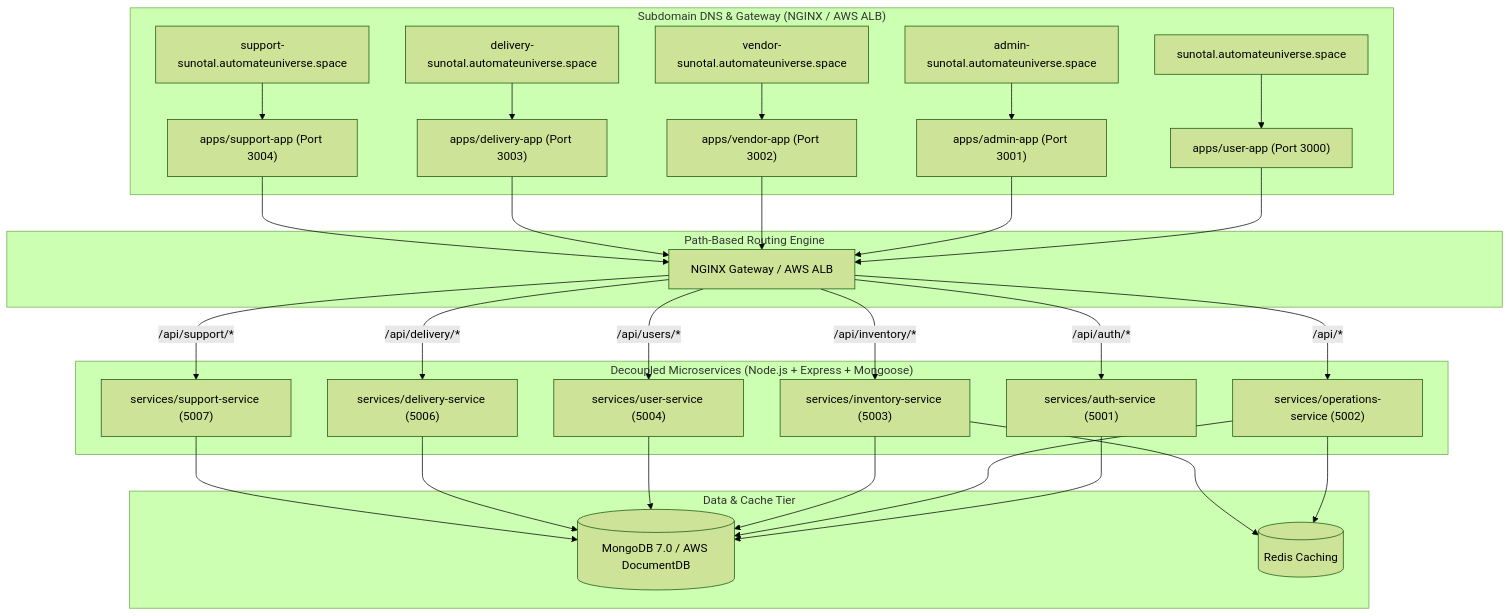
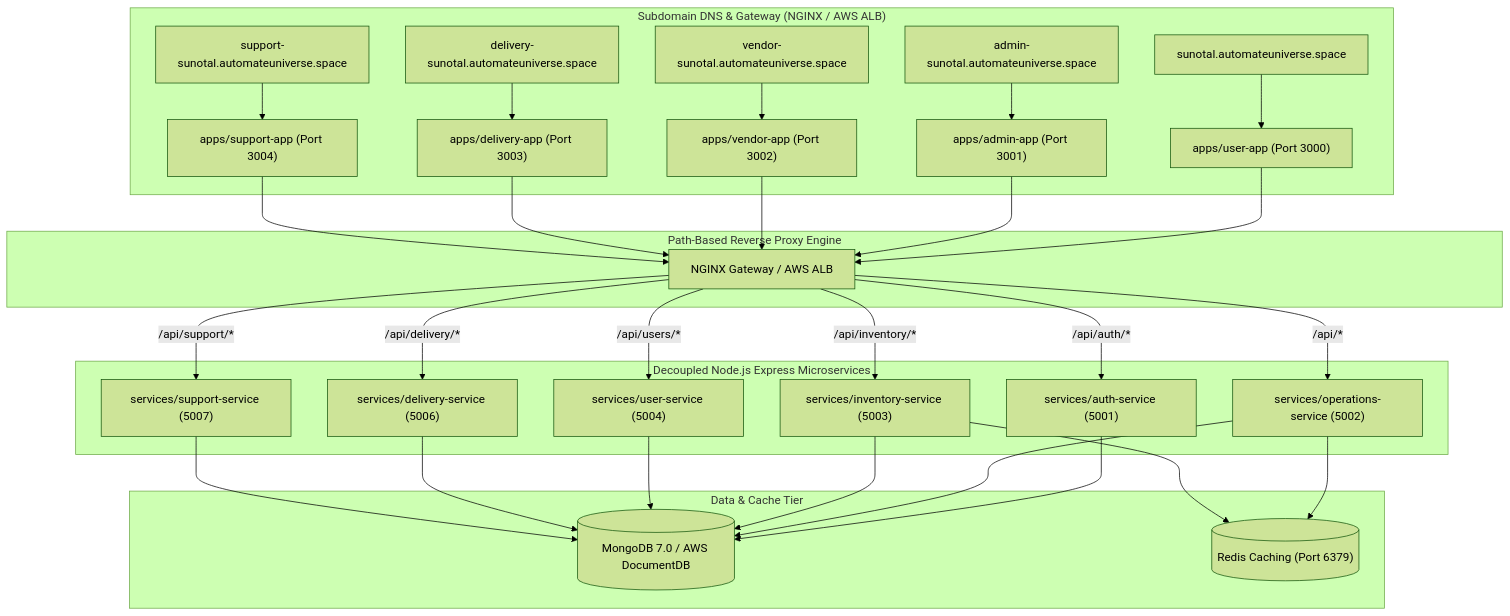
Before and after one commit to valivarthi007/sunotal_fullstk: the diagram in README.md, drawn with Mermaid (forest theme). The commit also changed other lines of this file and 2 other files, not shown here.

Commit message:
docs: add hyper-exhaustive architecture, configuration, Nginx, and DevOps manual documentation

````diff
--- a/README.md
+++ b/README.md
@@ -38,28 +47,28 @@
 ```mermaid
 graph TD
     subgraph ClientLayer ["Subdomain DNS & Gateway (NGINX / AWS ALB)"]
         UserDomain["sunotal.automateuniverse.space"] --> UserApp["apps/user-app (Port 3000)"]
         AdminDomain["admin-sunotal.automateuniverse.space"] --> AdminApp["apps/admin-app (Port 3001)"]
         VendorDomain["vendor-sunotal.automateuniverse.space"] --> VendorApp["apps/vendor-app (Port 3002)"]
         DeliveryDomain["delivery-sunotal.automateuniverse.space"] --> DeliveryApp["apps/delivery-app (Port 3003)"]
         SupportDomain["support-sunotal.automateuniverse.space"] --> SupportApp["apps/support-app (Port 3004)"]
     end
 
-    subgraph ApiGateway ["Path-Based Routing Engine"]
+    subgraph ApiGateway ["Path-Based Reverse Proxy Engine"]
         UserApp & AdminApp & VendorApp & DeliveryApp & SupportApp --> NginxGateway["NGINX Gateway / AWS ALB"]
     end
 
-    subgraph BackendMicroservices ["Decoupled Microservices (Node.js + Express + Mongoose)"]
+    subgraph BackendMicroservices ["Decoupled Node.js Express Microservices"]
         NginxGateway -- "/api/auth/*" --> AuthSvc["services/auth-service (5001)"]
         NginxGateway -- "/api/inventory/*" --> InvSvc["services/inventory-service (5003)"]
         NginxGateway -- "/api/users/*" --> UserSvc["services/user-service (5004)"]
         NginxGateway -- "/api/delivery/*" --> DelSvc["services/delivery-service (5006)"]
         NginxGateway -- "/api/support/*" --> SuppSvc["services/support-service (5007)"]
         NginxGateway -- "/api/*" --> OpsSvc["services/operations-service (5002)"]
     end
 
     subgraph StorageLayer ["Data & Cache Tier"]
         AuthSvc & OpsSvc & InvSvc & UserSvc & DelSvc & SuppSvc --> Mongo[("MongoDB 7.0 / AWS DocumentDB")]
-        OpsSvc & InvSvc --> Redis[("Redis Caching")]
+        OpsSvc & InvSvc --> Redis[("Redis Caching (Port 6379)")]
     end
 ```
````
